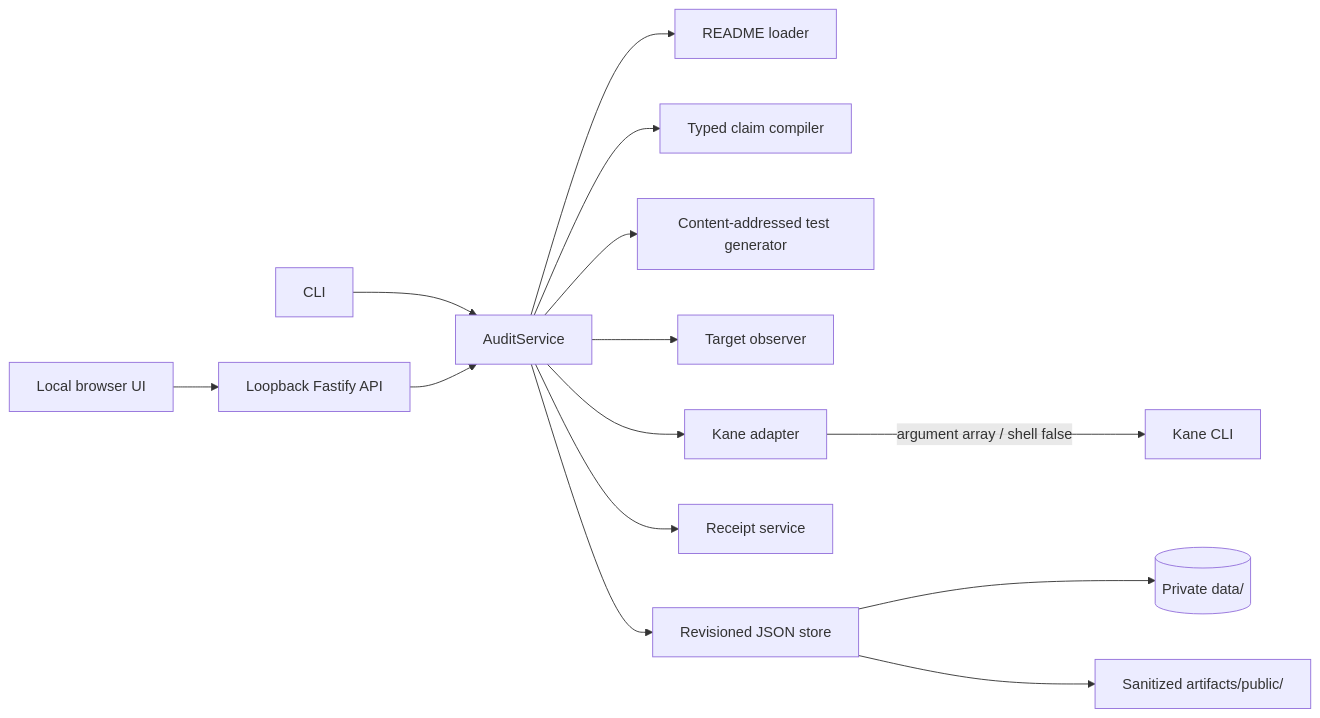
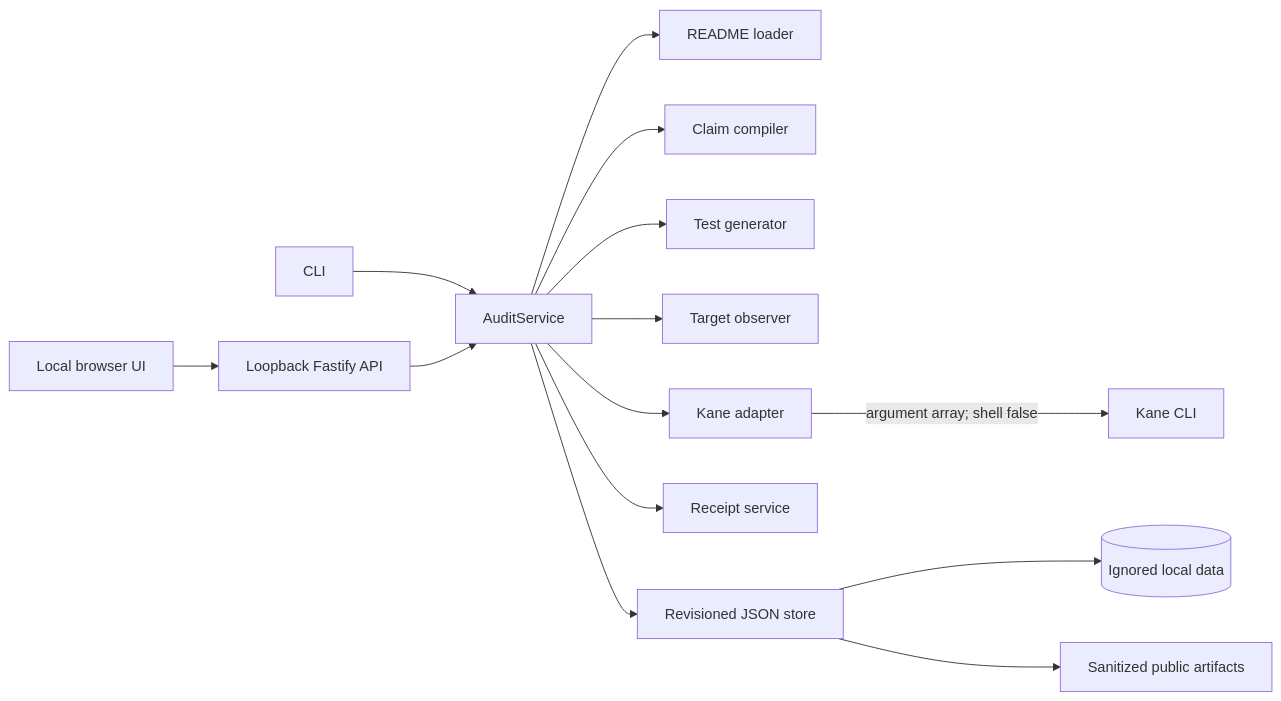
One commit to dexarxbt/Probat changed the diagram in README.md. Above: the diagram before and after it, drawn with Mermaid. The commit also changed other lines of this file and 34 other files, not shown here.

````diff
--- a/README.md
+++ b/README.md
@@ -199,16 +203,16 @@
 ```mermaid
 flowchart LR
-    B[Local browser UI] --> API[Loopback Fastify API]
+    UI[Local browser UI] --> API[Loopback Fastify API]
     CLI[CLI] --> A[AuditService]
     API --> A
     A --> R[README loader]
-    A --> C[Typed claim compiler]
-    A --> T[Content-addressed test generator]
+    A --> C[Claim compiler]
+    A --> T[Test generator]
     A --> O[Target observer]
     A --> K[Kane adapter]
     A --> P[Receipt service]
     A --> S[Revisioned JSON store]
-    K -->|argument array / shell false| KC[Kane CLI]
-    S --> D[(Private data/)]
-    S --> PUB[Sanitized artifacts/public/]
+    K -->|argument array; shell false| KC[Kane CLI]
+    S --> D[(Ignored local data)]
+    S --> PUB[Sanitized public artifacts]
 ```
````
